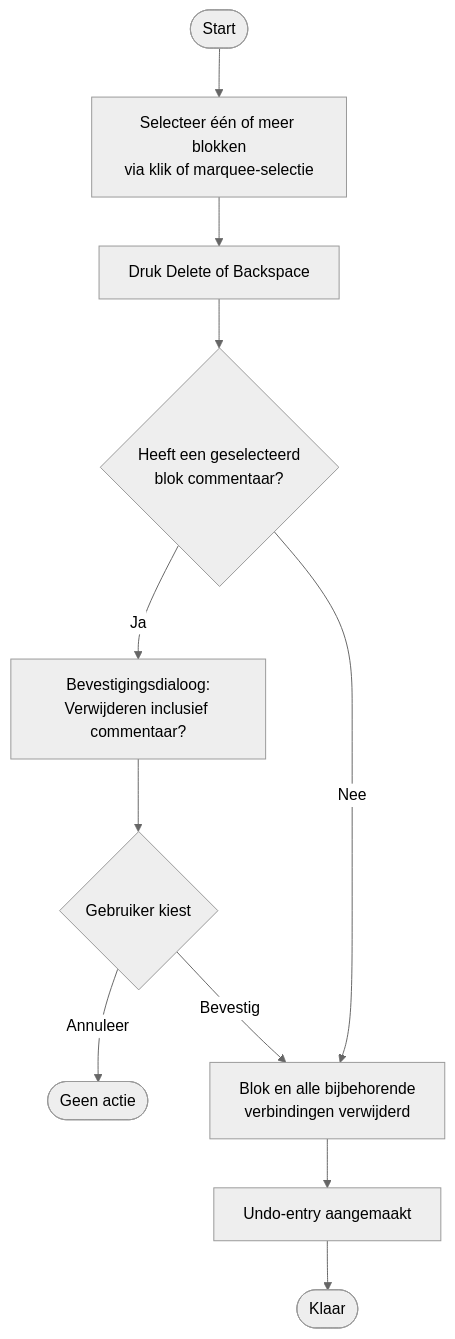
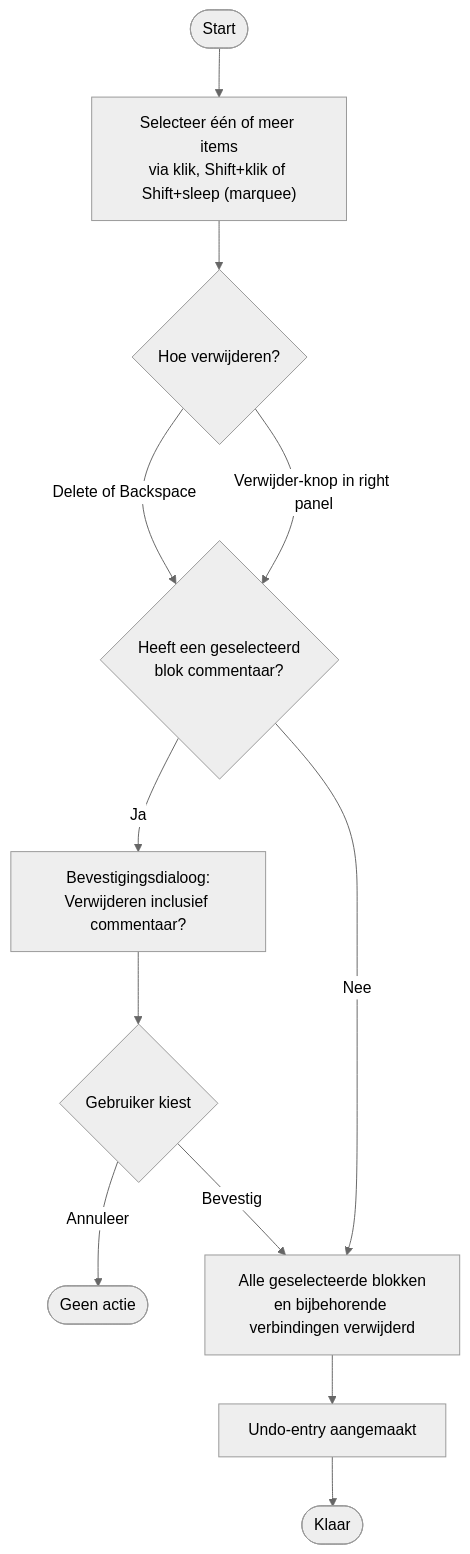
One commit to GRJX/mmd-flowchart changed the fourth of 18 diagrams in docs/USERFLOWS.md. Above: the diagram before and after it, drawn with Mermaid (neutral theme). The commit also changed other lines of this file and 57 other files, not shown here.

````diff
--- a/docs/USERFLOWS.md
+++ b/docs/USERFLOWS.md
@@ -77,13 +79,14 @@
 ```mermaid
 flowchart TD
-    A([Start]) --> B["Selecteer één of meer blokken<br>via klik of marquee-selectie"]
-    B --> C[Druk Delete of Backspace]
-    C --> D{"Heeft een geselecteerd<br>blok commentaar?"}
+    A([Start]) --> B["Selecteer één of meer items<br>via klik, Shift+klik of Shift+sleep (marquee)"]
+    B --> C{Hoe verwijderen?}
+    C -- "Delete of Backspace" --> D{"Heeft een geselecteerd<br>blok commentaar?"}
+    C -- "Verwijder-knop in right panel" --> D
     D -- Ja --> E["Bevestigingsdialoog:<br>Verwijderen inclusief commentaar?"]
     E --> F{Gebruiker kiest}
     F -- Annuleer --> G([Geen actie])
-    F -- Bevestig --> H["Blok en alle bijbehorende<br>verbindingen verwijderd"]
+    F -- Bevestig --> H["Alle geselecteerde blokken<br>en bijbehorende verbindingen verwijderd"]
     D -- Nee --> H
     H --> I[Undo-entry aangemaakt]
     I --> J([Klaar])
 ```
````
